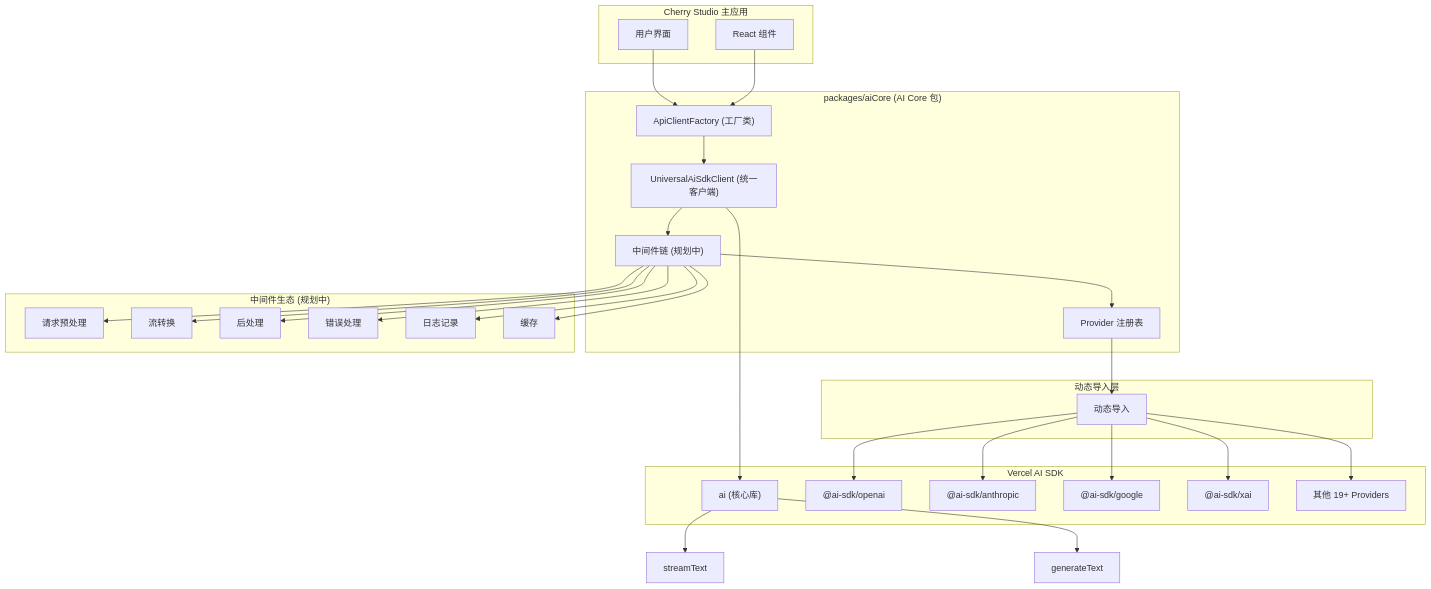
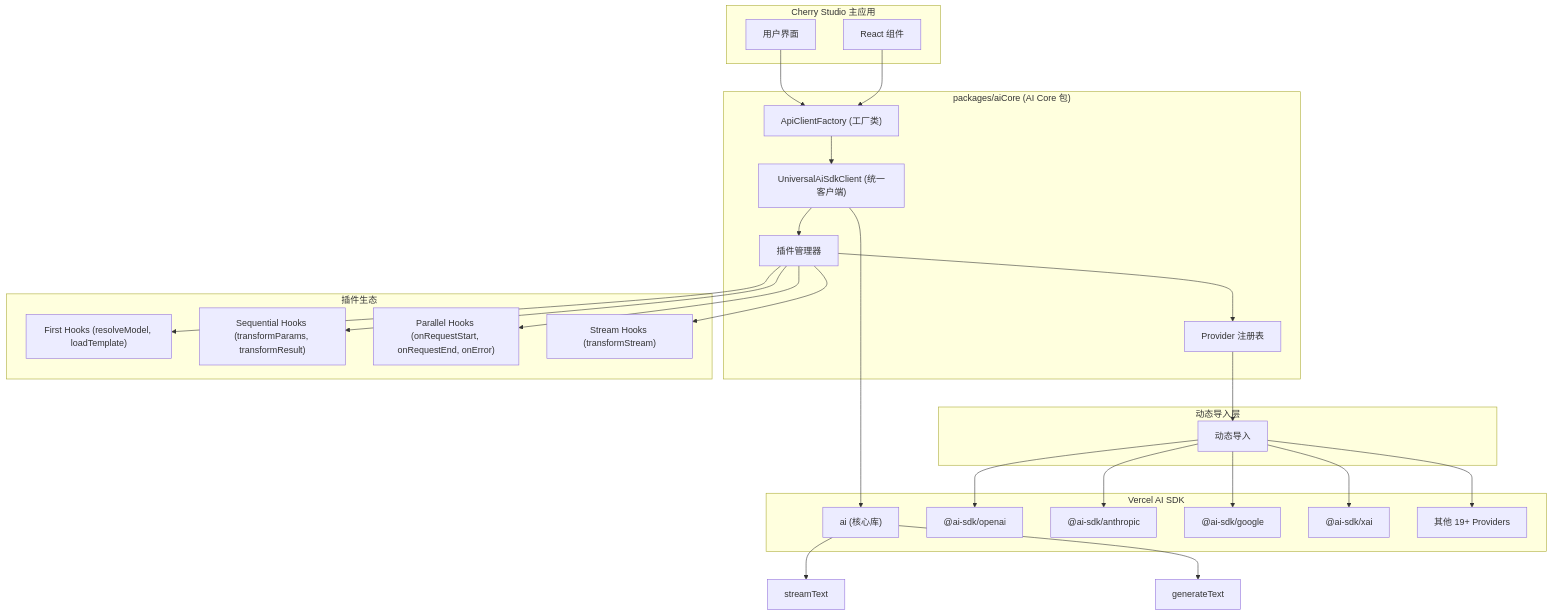
Before and after one commit to visiontrail/Raven: the diagram in packages/aiCore/AI_SDK_ARCHITECTURE.md, drawn with Mermaid. The commit also changed other lines of this file and 13 other files, not shown here.

First line of the commit message:
feat: enhance AI Core with plugin system and middleware support

````diff
--- a/packages/aiCore/AI_SDK_ARCHITECTURE.md
+++ b/packages/aiCore/AI_SDK_ARCHITECTURE.md
@@ -24,59 +26,55 @@
 ```mermaid
 graph TD
     subgraph "Cherry Studio 主应用"
         UI["用户界面"]
         Components["React 组件"]
     end
 
     subgraph "packages/aiCore (AI Core 包)"
         ApiClientFactory["ApiClientFactory (工厂类)"]
         UniversalClient["UniversalAiSdkClient (统一客户端)"]
         ProviderRegistry["Provider 注册表"]
-        MiddlewareChain["中间件链 (规划中)"]
+        PluginManager["插件管理器"]
     end
 
     subgraph "动态导入层"
         DynamicImport["动态导入"]
     end
 
     subgraph "Vercel AI SDK"
         AICore["ai (核心库)"]
         OpenAI["@ai-sdk/openai"]
         Anthropic["@ai-sdk/anthropic"]
         Google["@ai-sdk/google"]
         XAI["@ai-sdk/xai"]
         Others["其他 19+ Providers"]
     end
 
-    subgraph "中间件生态 (规划中)"
-        PreRequest["请求预处理"]
-        StreamTransform["流转换"]
-        PostProcess["后处理"]
-        ErrorHandle["错误处理"]
-        Logging["日志记录"]
-        Cache["缓存"]
+    subgraph "插件生态"
+        FirstHooks["First Hooks (resolveModel, loadTemplate)"]
+        SequentialHooks["Sequential Hooks (transformParams, transformResult)"]
+        ParallelHooks["Parallel Hooks (onRequestStart, onRequestEnd, onError)"]
+        StreamHooks["Stream Hooks (transformStream)"]
     end
 
     UI --> ApiClientFactory
     Components --> ApiClientFactory
     ApiClientFactory --> UniversalClient
-    UniversalClient --> MiddlewareChain
-    MiddlewareChain --> ProviderRegistry
+    UniversalClient --> PluginManager
+    PluginManager --> ProviderRegistry
     ProviderRegistry --> DynamicImport
     DynamicImport --> OpenAI
     DynamicImport --> Anthropic
     DynamicImport --> Google
     DynamicImport --> XAI
     DynamicImport --> Others
-    
+
     UniversalClient --> AICore
     AICore --> streamText
     AICore --> generateText
-    
-    MiddlewareChain --> PreRequest
-    MiddlewareChain --> StreamTransform
-    MiddlewareChain --> PostProcess
-    MiddlewareChain --> ErrorHandle
-    MiddlewareChain --> Logging
-    MiddlewareChain --> Cache
+
+    PluginManager --> FirstHooks
+    PluginManager --> SequentialHooks
+    PluginManager --> ParallelHooks
+    PluginManager --> StreamHooks
 ```
````
